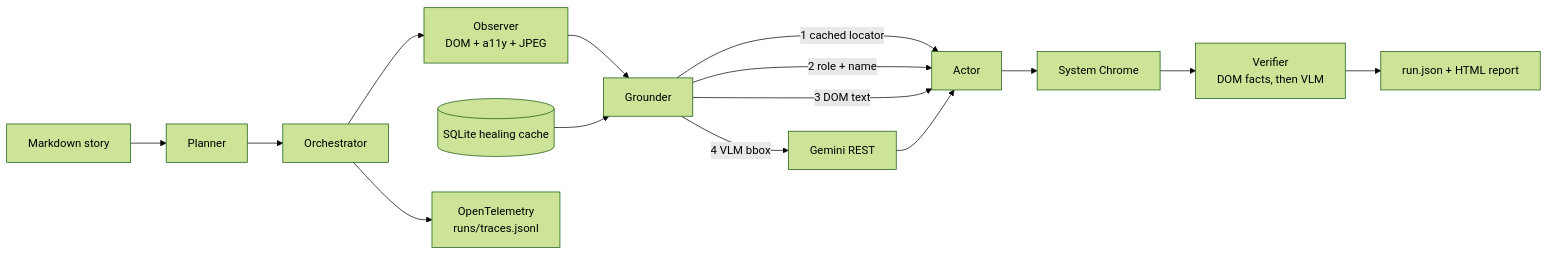
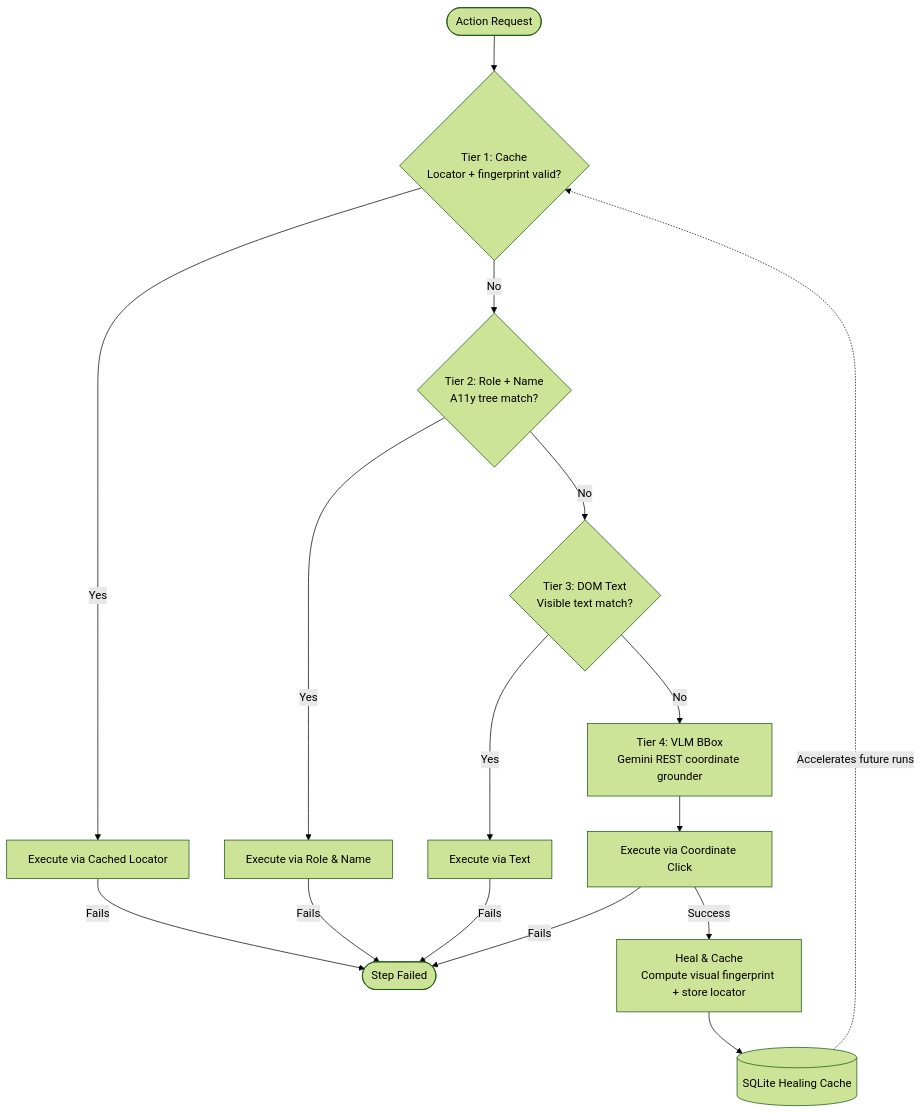
The diagram in README.md (Jyotiraditya21-bug/pixelpilot), drawn with Mermaid (forest theme) before and after one commit. The commit also changed other lines of this file and 29 other files, not shown here.

````diff
--- a/README.md
+++ b/README.md
@@ -5,17 +5,20 @@
 ```mermaid
-flowchart LR
-    Story[Markdown story] --> Planner
-    Planner --> Orchestrator
-    Orchestrator --> Observer[Observer<br/>DOM + a11y + JPEG]
-    Observer --> Grounder
-    Cache[(SQLite healing cache)] --> Grounder
-    Grounder -->|1 cached locator| Actor
-    Grounder -->|2 role + name| Actor
-    Grounder -->|3 DOM text| Actor
-    Grounder -->|4 VLM bbox| Gemini[Gemini REST]
-    Gemini --> Actor
-    Actor --> Chrome[System Chrome]
-    Chrome --> Verifier[Verifier<br/>DOM facts, then VLM]
-    Verifier --> Report[run.json + HTML report]
-    Orchestrator --> OTel[OpenTelemetry<br/>runs/traces.jsonl]
+flowchart TD
+    Start([Action Request]) --> T1{Tier 1: Cache<br/>Locator + fingerprint valid?}
+    T1 -- Yes --> ExCache[Execute via Cached Locator]
+    T1 -- No --> T2{Tier 2: Role + Name<br/>A11y tree match?}
+    T2 -- Yes --> ExA11y[Execute via Role & Name]
+    T2 -- No --> T3{Tier 3: DOM Text<br/>Visible text match?}
+    T3 -- Yes --> ExText[Execute via Text]
+    T3 -- No --> T4[Tier 4: VLM BBox<br/>Gemini REST coordinate grounder]
+    T4 --> ExVLM[Execute via Coordinate Click]
+
+    ExCache -- Fails --> Fail([Step Failed])
+    ExA11y -- Fails --> Fail
+    ExText -- Fails --> Fail
+    ExVLM -- Fails --> Fail
+
+    ExVLM -- Success --> Heal[Heal & Cache<br/>Compute visual fingerprint + store locator]
+    Heal --> CacheDB[(SQLite Healing Cache)]
+    CacheDB -.->|Accelerates future runs| T1
 ```
````
